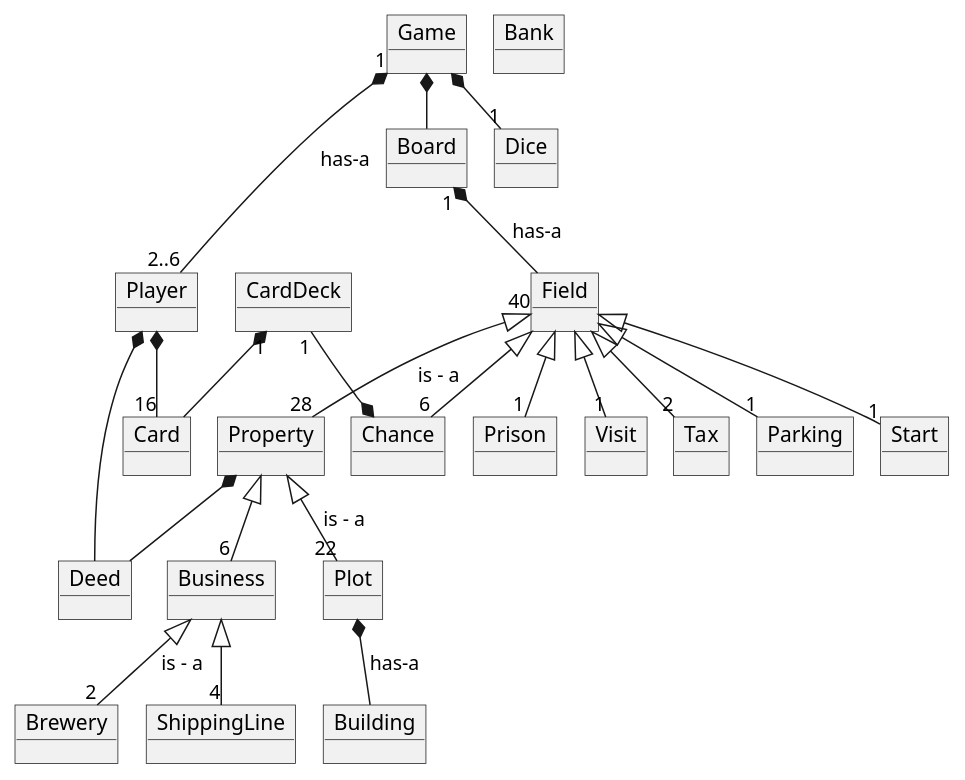
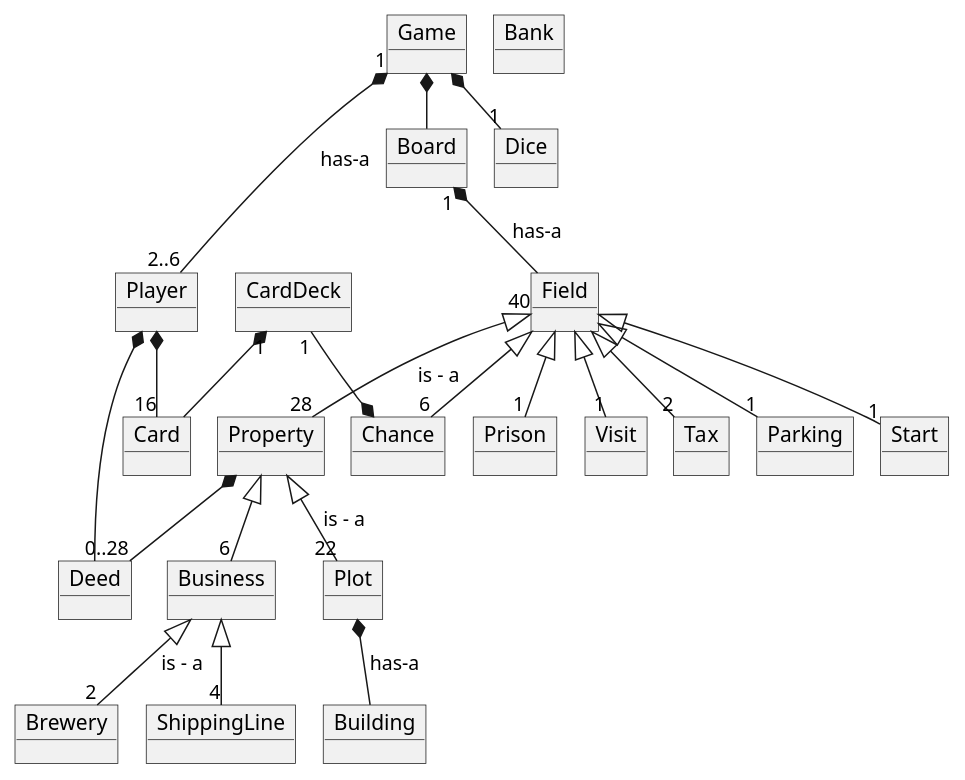
The diagram in doc/objectDiagram.puml (Studiegruppe-B/OOA-Matador), drawn with PlantUML before and after one commit.

Commit message:
Update domain diagram to newest version

```diff
--- a/doc/objectDiagram.puml
+++ b/doc/objectDiagram.puml
@@ -1,57 +1,57 @@
 @startuml
 !pragma layout smetana
 
 'nyt: carddeck - card
 
 object Game
 object Player
 object Dice
 object CardDeck
 object Card
 object Board
 object Field
 object Property
 object Prison
 object Visit
 object Tax
 object Parking
 object Start
 object Chance
 object ShippingLine
 object Brewery
 object Building
 object Deed
 object Bank
 object Business
 object Plot
 
 Game *-- Board
 Game "1" *--  "2..6" Player  : has-a
 
 Game *-- "1" Dice
 Board "1" *-- Field : has-a
 
 Plot *-- Building: has-a
-Property  *--  Deed
+Property  *-- "0..28" Deed
 Player *--  Deed
 Business <|--  "4" ShippingLine
 Business <|--  "2" Brewery : is - a
 
 Field "40" <|-- "28" Property : is - a
 Field <|-- "1" Start
 Field <|-- "6" Chance
 Field <|-- "1" Parking
 Field <|-- "2" Tax
 Field <|-- "1" Prison
 Field <|-- "1" Visit
 
 
 CardDeck "1" --* Chance
 Property <|-- "6" Business
 Property <|-- "22" Plot: is - a
 
 Player *-- "16" Card
 CardDeck "1" *--  Card
 
 
 @enduml
```
